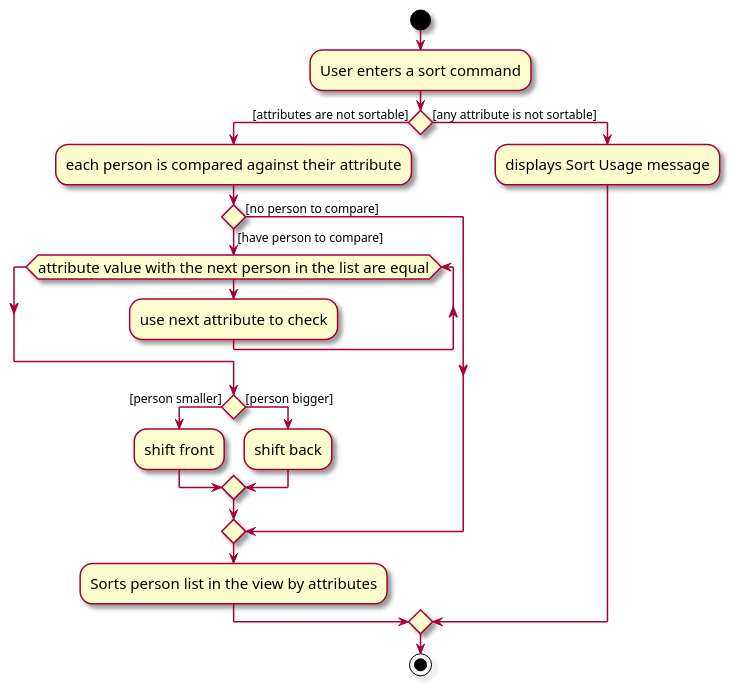
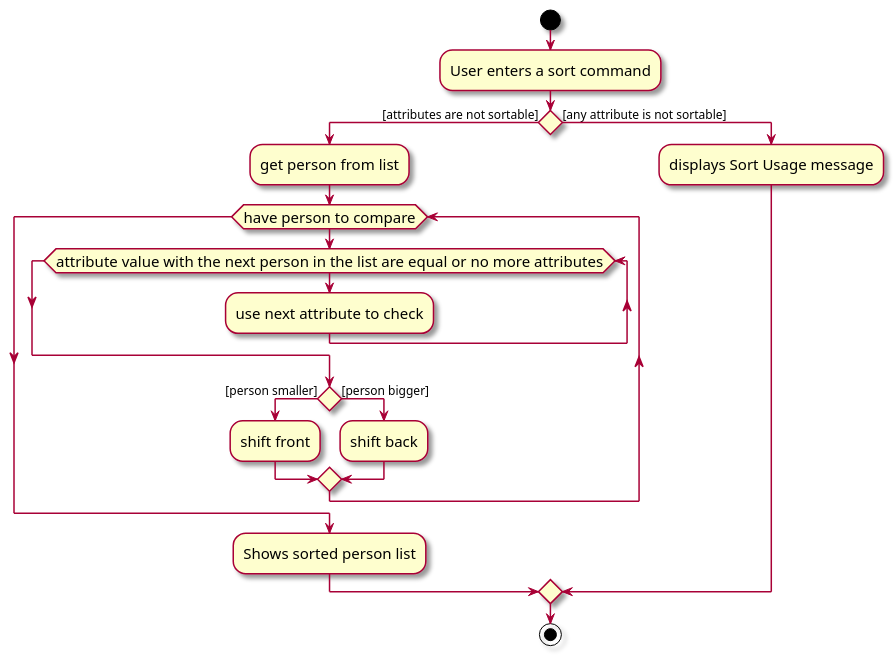
Before and after one commit to whitesnowx/tp: the diagram in docs/diagrams/SortActivityDiagram.puml, drawn with PlantUML. The commit also changed 1 other file, not shown here.

Commit message:
Update SortActivityDiagram and png

```diff
--- a/docs/diagrams/SortActivityDiagram.puml
+++ b/docs/diagrams/SortActivityDiagram.puml
@@ -1,27 +1,28 @@
 @startuml
 skin rose
 skinparam ActivityFontSize 15
 skinparam ArrowFontSize 12
 start
 :User enters a sort command;
 
 
 if() then ([attributes are not sortable])
-    :each person is compared against their attribute;
-        if() then ([have person to compare])
-            while(attribute value with the next person in the list are equal)
+    :get person from list;
+        while (have person to compare)
+            while(attribute value with the next person in the list are equal or no more attributes)
                 :use next attribute to check;
             endwhile
             if() then ([person smaller])
                 :shift front;
             else([person bigger])
                 :shift back;
             endif
-        else([no person to compare])
-    endif
-    :Sorts person list in the view by attributes;
+'        else([no person to compare])
+'    endif
+        endwhile
+    :Shows sorted person list;
 else([any attribute is not sortable])
     :displays Sort Usage message;
 endif
 stop
 @enduml
```
